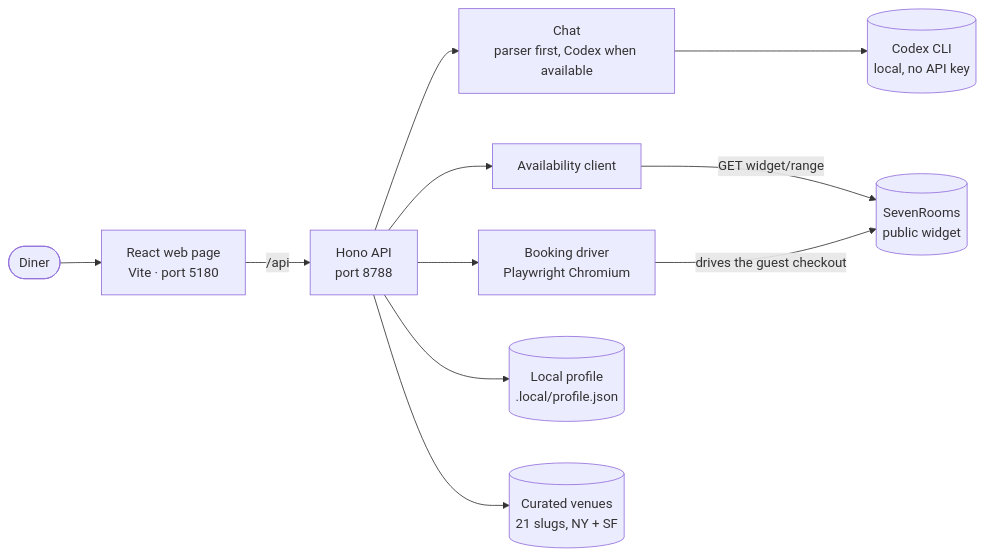
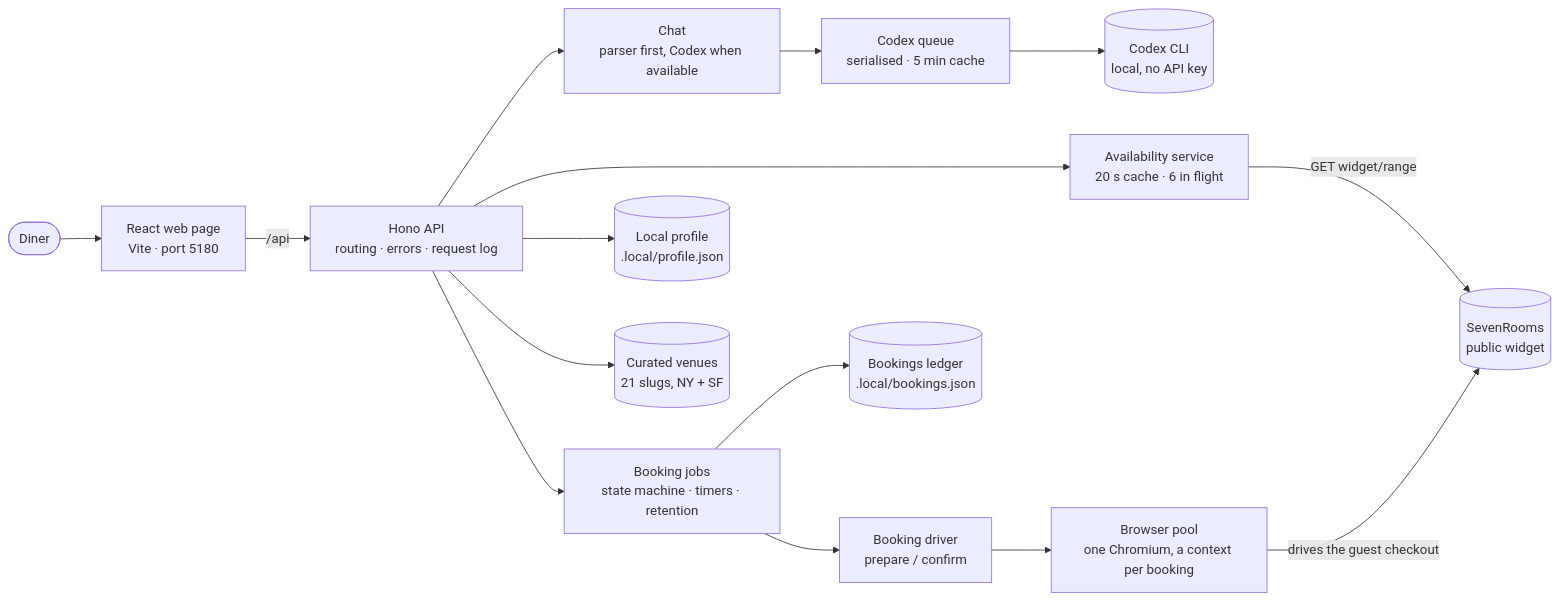
The first of 7 diagrams in ARCHITECTURE.md (Dileep2896/pearl-table-concierge), drawn with Mermaid before and after one commit. The commit also changed 26 other files, not shown here.

First line of the commit message:
Restructure into services: jobs state machine, browser pool, cached availability, Codex queue, ledger

````diff
--- a/ARCHITECTURE.md
+++ b/ARCHITECTURE.md
@@ -7,13 +7,17 @@
 ```mermaid
 flowchart LR
   D([Diner]) --> UI[React web page<br/>Vite · port 5180]
-  UI -->|/api| API[Hono API<br/>port 8788]
+  UI -->|/api| API[Hono API<br/>routing · errors · request log]
   API --> CH[Chat<br/>parser first, Codex when available]
-  CH --> CX[(Codex CLI<br/>local, no API key)]
-  API --> AV[Availability client]
+  CH --> CQ[Codex queue<br/>serialised · 5 min cache]
+  CQ --> CX[(Codex CLI<br/>local, no API key)]
+  API --> AV[Availability service<br/>20 s cache · 6 in flight]
   AV -->|GET widget/range| SR[(SevenRooms<br/>public widget)]
-  API --> BK[Booking driver<br/>Playwright Chromium]
-  BK -->|drives the guest checkout| SR
+  API --> JB[Booking jobs<br/>state machine · timers · retention]
+  JB --> BK[Booking driver<br/>prepare / confirm]
+  BK --> BP[Browser pool<br/>one Chromium, a context per booking]
+  BP -->|drives the guest checkout| SR
+  JB --> LG[(Bookings ledger<br/>.local/bookings.json)]
   API --> PF[(Local profile<br/>.local/profile.json)]
   API --> VN[(Curated venues<br/>21 slugs, NY + SF)]
 ```
````
